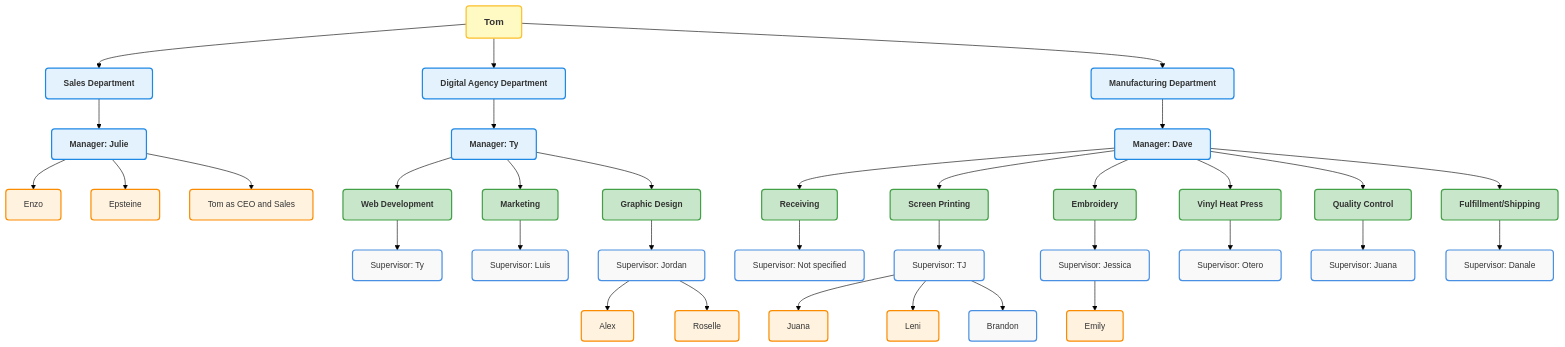
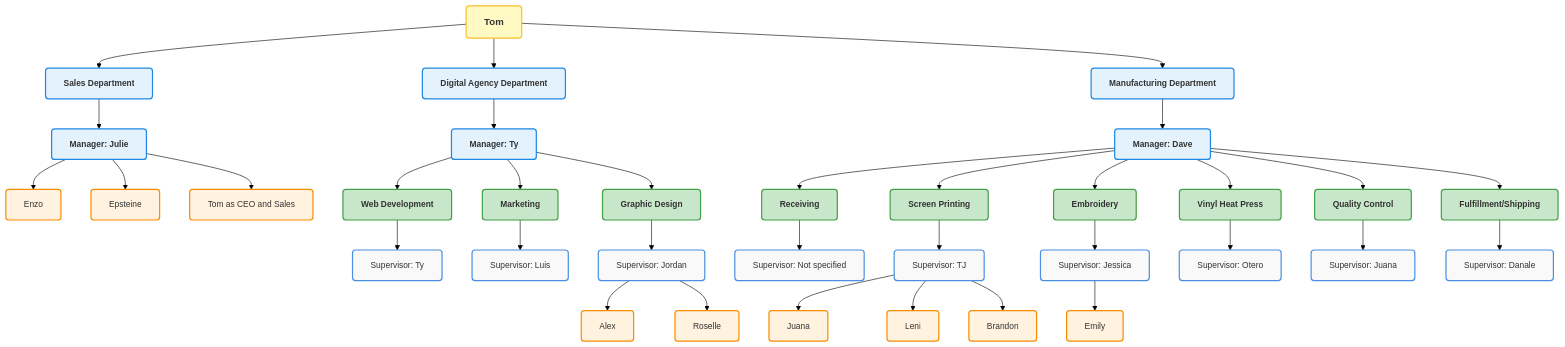
The first of 11 diagrams in README.md (TyGrim13/4WinnerFlows), drawn with Mermaid before and after one commit.

```diff
--- a/README.md
+++ b/README.md
@@ -118,7 +118,7 @@
 
     class Manufacturing,ManuMgr manager
     class Receiving,ScreenPrinting,Embroidery,VinylHeatPress,QualityControl,FulfillmentShipping supervisor
-    class SPTJ,SPJuana,SPLeni,Emily team
+    class SPBrandon,SPJuana,SPLeni,Emily team
 
 
 
```
